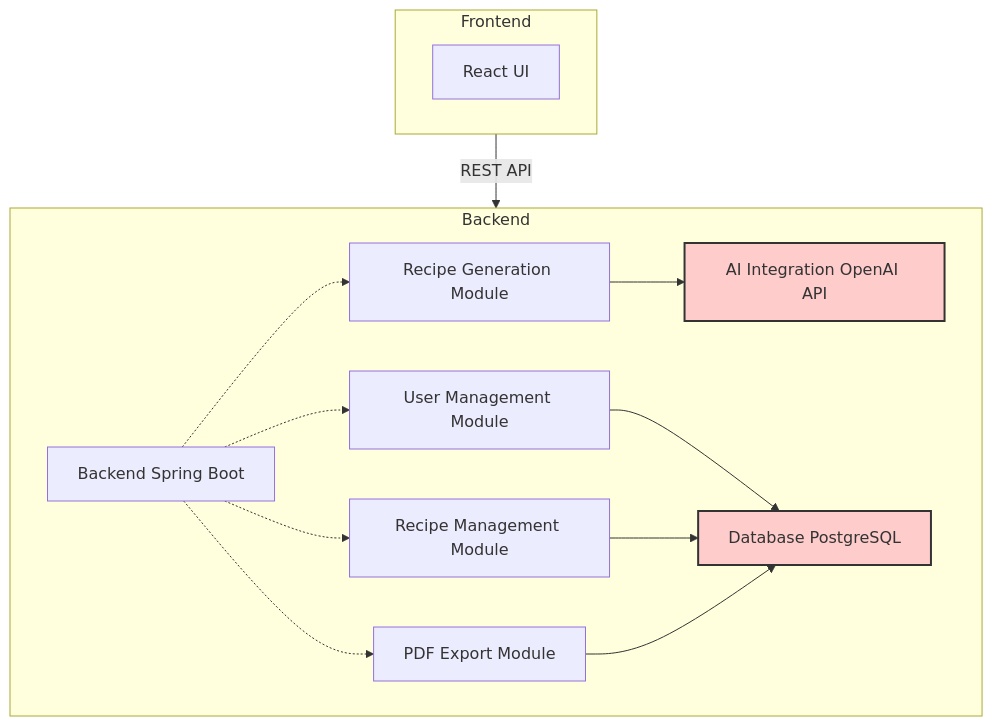
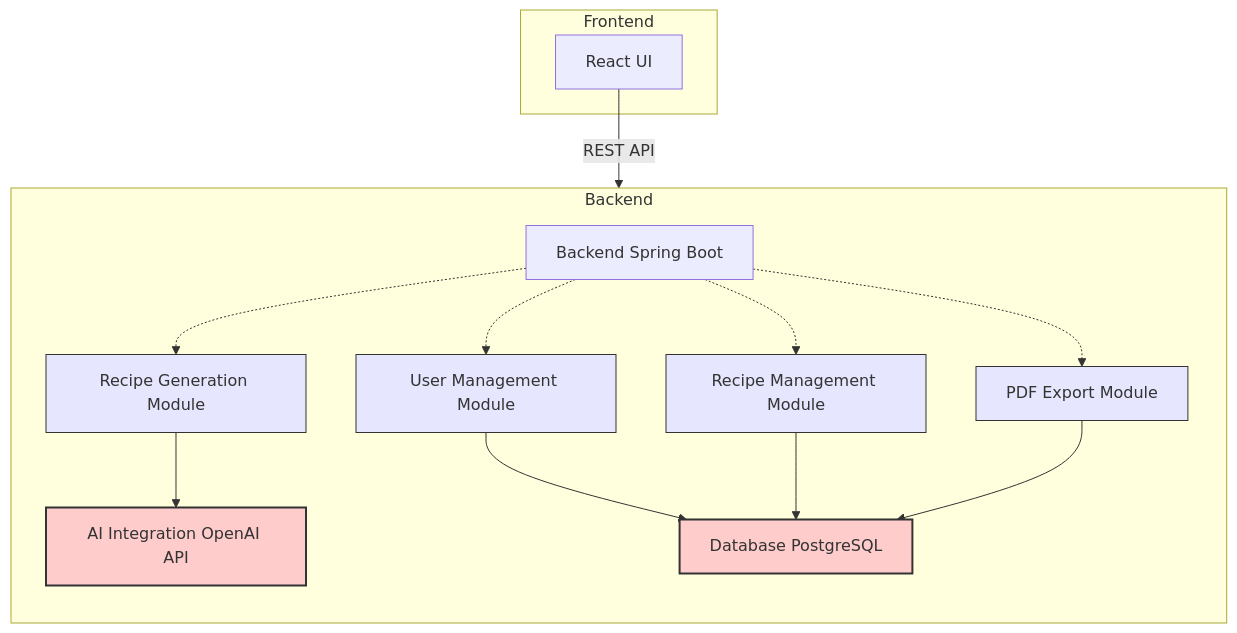
The diagram in Documents/Personalized_Recipe_Generator_Architecture_Diagrams.md (KateSydor/Quantum_Trio), drawn with Mermaid before and after one commit.

Commit message:
Refactor architecture diagram to use flowchart syntax and improve readability

````diff
--- a/Documents/Personalized_Recipe_Generator_Architecture_Diagrams.md
+++ b/Documents/Personalized_Recipe_Generator_Architecture_Diagrams.md
@@ -2,31 +2,29 @@
 ```mermaid
-graph TD
-    subgraph Frontend [Frontend]
-        React[React UI]
-    end
-
-    subgraph Backend [Backend]
-        SpringBoot[Backend Spring Boot]
-        RecipeGen[Recipe Generation Module]
-        UserMgmt[User Management Module]
-        RecipeMgmt[Recipe Management Module]
-        PDFExport[PDF Export Module]
-        OpenAI[AI Integration OpenAI API]
-        DB[Database PostgreSQL]
-    end
-
-    Frontend --> |REST API| Backend
-
-    SpringBoot -.-> RecipeGen
-    SpringBoot -.-> UserMgmt
-    SpringBoot -.-> RecipeMgmt
-    SpringBoot -.-> PDFExport
-
+flowchart TB
+ subgraph Frontend["Frontend"]
+        React["React UI"]
+  end
+ subgraph Backend["Backend"]
+    direction TB
+        SpringBoot["Backend Spring Boot"]
+        RecipeGen["Recipe Generation Module"]
+        UserMgmt["User Management Module"]
+        RecipeMgmt["Recipe Management Module"]
+        PDFExport["PDF Export Module"]
+        OpenAI["AI Integration OpenAI API"]
+        DB["Database PostgreSQL"]
+  end
+    React -- REST API --> Backend
+    SpringBoot -.-> RecipeGen & UserMgmt & RecipeMgmt & PDFExport
     RecipeGen --> OpenAI
     UserMgmt --> DB
     RecipeMgmt --> DB
     PDFExport --> DB
 
-    style OpenAI fill:#fcc,stroke:#333,stroke-width:2px
-    style DB fill:#fcc,stroke:#333,stroke-width:2px
+    style RecipeGen fill:#e6e6ff,stroke:#333,stroke-width:1px
+    style UserMgmt fill:#e6e6ff,stroke:#333,stroke-width:1px
+    style RecipeMgmt fill:#e6e6ff,stroke:#333,stroke-width:1px
+    style PDFExport fill:#e6e6ff,stroke:#333,stroke-width:1px
+    style OpenAI fill:#ffcccc,stroke:#333,stroke-width:2px
+    style DB fill:#ffcccc,stroke:#333,stroke-width:2px
 ```
````
